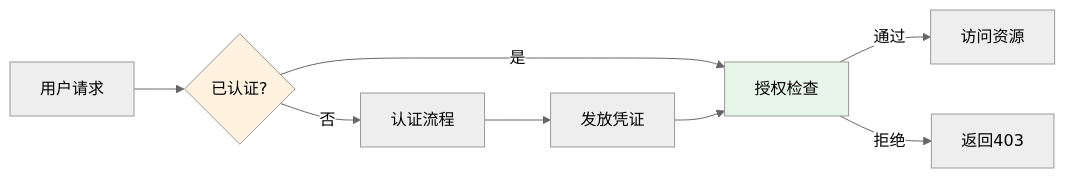
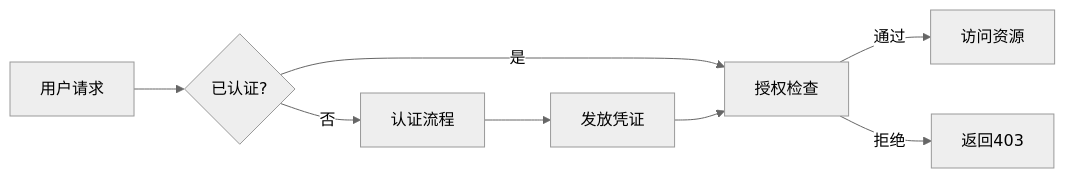
The third of 6 diagrams in docs/auth-vs-authz.md (luohuidong/auth-tutorial), drawn with Mermaid (neutral theme) before and after one commit. The commit also changed other lines of this file and 8 other files, not shown here.

First line of the commit message:
docs: 移除 mermaid 图表硬编码颜色以兼容 light/dark theme

````diff
--- a/docs/auth-vs-authz.md
+++ b/docs/auth-vs-authz.md
@@ -218,13 +218,11 @@
 ```mermaid
 flowchart LR
     A[用户请求] --> B{已认证?}
     B -->|否| C[认证流程]
     B -->|是| D[授权检查]
     C --> E[发放凭证]
     E --> D
     D -->|通过| F[访问资源]
     D -->|拒绝| G[返回403]
 
-    style B fill:#fff3e0
-    style D fill:#e8f5e9
 ```
````
